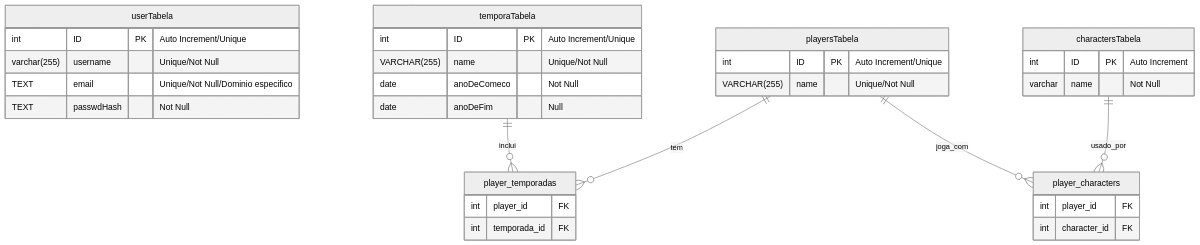
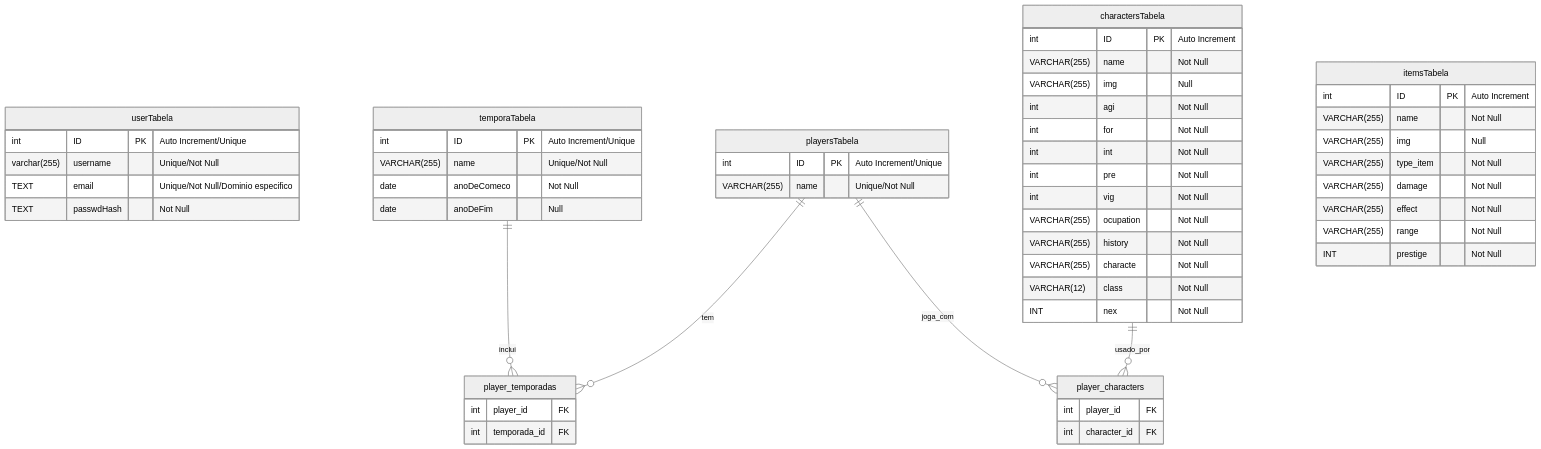
Before and after one commit to Eduardo-Nicolete37/OrdoCalamitatis: the diagram in documentation/BCD_modelation.md, drawn with Mermaid (neutral theme). The commit also changed 2 other files, not shown here.

Commit message:
docs: Continuação da documentação do projeto

````diff
--- a/documentation/BCD_modelation.md
+++ b/documentation/BCD_modelation.md
@@ -3,40 +3,61 @@
 ```mermaid
 erDiagram
 
 userTabela {
     int ID PK "Auto Increment/Unique"
     varchar(255) username "Unique/Not Null"
     TEXT email "Unique/Not Null/Dominio especifico"
     TEXT passwdHash "Not Null"
 }
 
 temporaTabela {
     int ID PK "Auto Increment/Unique"
     VARCHAR(255) name "Unique/Not Null"
     date anoDeComeco "Not Null"
     date anoDeFim "Null"
 }
 playersTabela {
     int ID PK "Auto Increment/Unique"
     VARCHAR(255) name "Unique/Not Null"
 }
 charactersTabela {
     int ID PK "Auto Increment"
-    varchar name "Not Null"
+    VARCHAR(255) name "Not Null"
+    VARCHAR(255) img "Null"
+    int agi "Not Null"
+    int for "Not Null"
+    int int "Not Null"
+    int pre "Not Null"
+    int vig "Not Null"
+    VARCHAR(255) ocupation "Not Null"
+    VARCHAR(255) history "Not Null"
+    VARCHAR(255) characte "Not Null"
+    VARCHAR(12) class "Not Null"
+    INT nex "Not Null"
+}
+itemsTabela {
+    int ID PK "Auto Increment"
+    VARCHAR(255) name "Not Null"
+    VARCHAR(255) img "Null"
+    VARCHAR(255) type_item "Not Null"
+    VARCHAR(255) damage "Not Null"
+    VARCHAR(255) effect "Not Null"
+    VARCHAR(255) range "Not Null"
+    INT prestige "Not Null"
 }
 player_temporadas {
     int player_id FK
     int temporada_id FK
 }
 
 player_characters {
     int player_id FK
     int character_id FK
 }
 
 playersTabela ||--o{ player_temporadas : "tem"
 temporaTabela ||--o{ player_temporadas : "inclui"
     
 playersTabela ||--o{ player_characters : "joga_com"
 charactersTabela ||--o{ player_characters : "usado_por"
 ```
````
